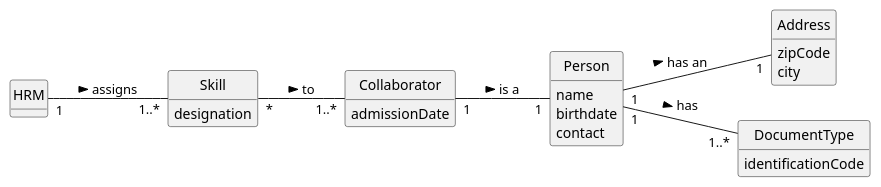
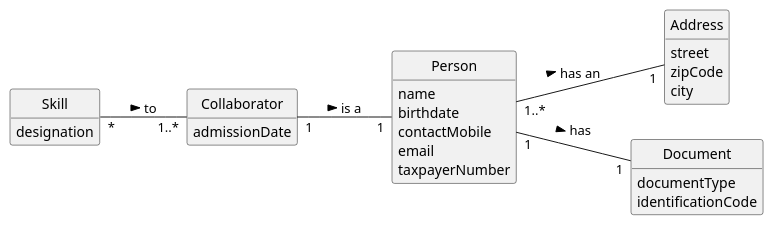
The diagram in docs/sprintB/us004/02.analysis/puml/us004-domain-model.puml (ricardomm7/leaflink), drawn with PlantUML before and after one commit. The commit also changed 7 other files, not shown here.

```diff
--- a/docs/sprintB/us004/02.analysis/puml/us004-domain-model.puml
+++ b/docs/sprintB/us004/02.analysis/puml/us004-domain-model.puml
@@ -1,44 +1,45 @@
 @startuml
 skinparam monochrome true
 skinparam packageStyle rectangle
 skinparam shadowing false
 
 skinparam classAttributeIconSize 0
 left to right direction
 
 hide circle
 hide methods
 
-class HRM {
-}
 
 class Skill {
     designation
 }
 
 class Collaborator {
     admissionDate
 }
 
 class Person {
     name
     birthdate
-    contact
+    contactMobile
+    email
+    taxpayerNumber
 }
 
 class Address{
+    street
     zipCode
     city
 }
 
-class DocumentType{
-  identificationCode
+class Document{
+    documentType
+    identificationCode
 }
 
-Person "1"--"1" Address: has an >
-HRM "1" -- "1..*" Skill : assigns >
+Person "1..*"--"1" Address: has an >
 Collaborator  "1"--"1"  Person: is a >
-Person  "1"--"1..*"  DocumentType: has >
+Person  "1"--"1"  Document: has >
 
 Skill "*" -- "1..*" Collaborator : to >
 @enduml
```
